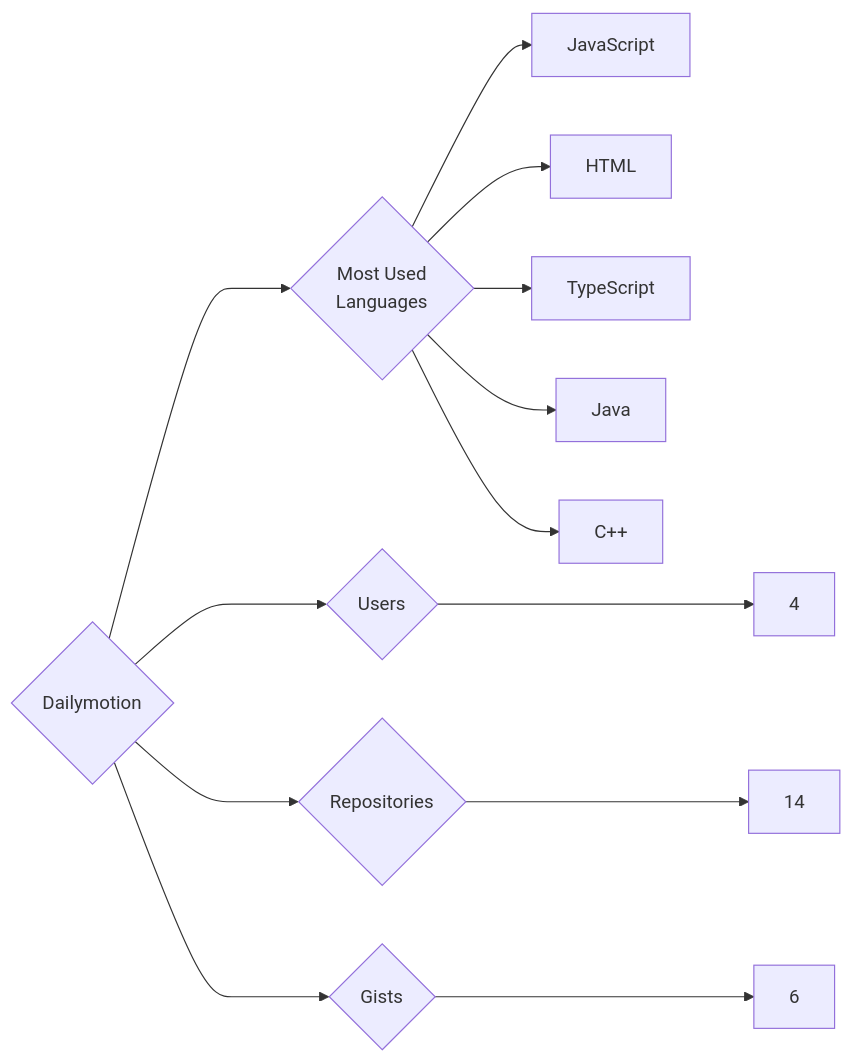
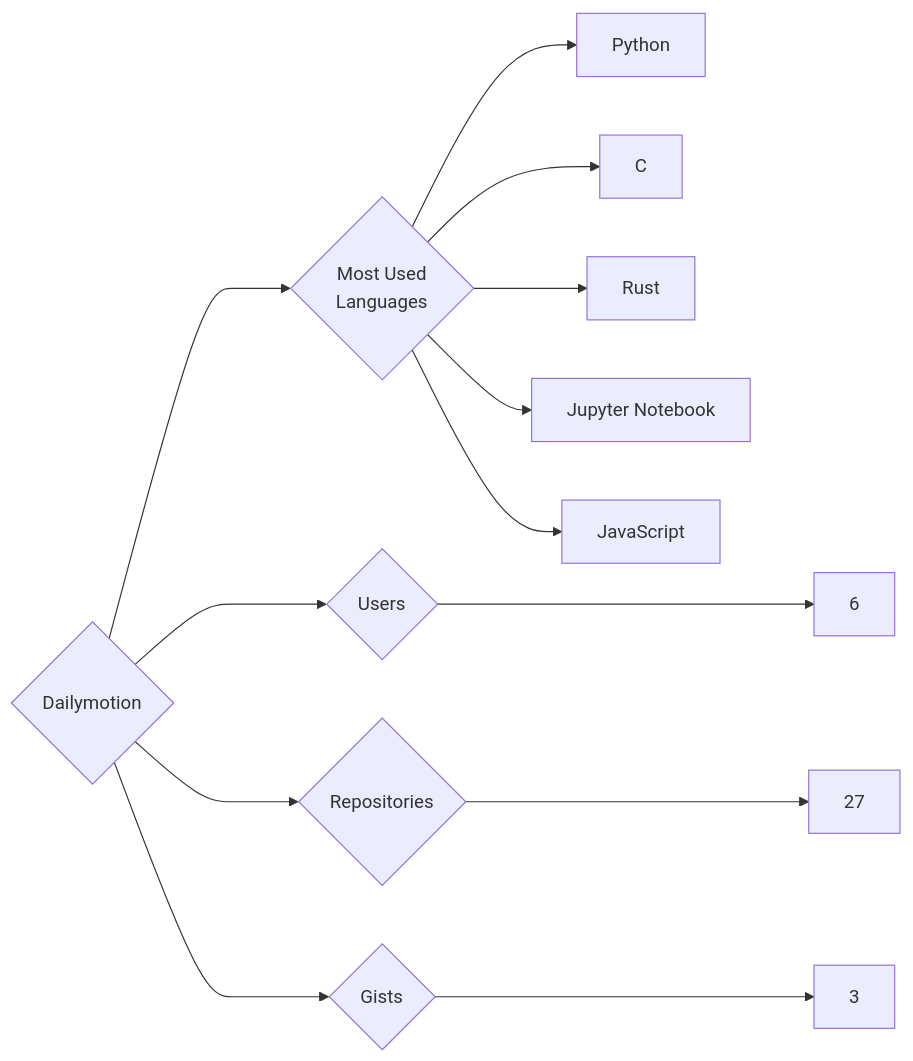
The diagram in targets/Dailymotion/README.md (trickest/insiders), drawn with Mermaid before and after one commit. The commit also changed 985 other files, not shown here.

````diff
--- a/targets/Dailymotion/README.md
+++ b/targets/Dailymotion/README.md
@@ -3,13 +3,13 @@
 ```mermaid
 graph LR
 COMPANY_NAME{Dailymotion}
-COMPANY_NAME ---> U{Users} ---> UN[4]
-COMPANY_NAME ---> R{Repositories} ---> RN[14]
-COMPANY_NAME ---> G{Gists} ---> GN[6]
+COMPANY_NAME ---> U{Users} ---> UN[6]
+COMPANY_NAME ---> R{Repositories} ---> RN[27]
+COMPANY_NAME ---> G{Gists} ---> GN[3]
 COMPANY_NAME ---> ML{Most Used<br>Languages}
+ML --> Python[Python]
+ML --> C[C]
+ML --> Rust[Rust]
+ML --> Jupyter_Notebook[Jupyter Notebook]
 ML --> JavaScript[JavaScript]
-ML --> HTML[HTML]
-ML --> TypeScript[TypeScript]
-ML --> Java[Java]
-ML --> C++[C++]
 ```
````
